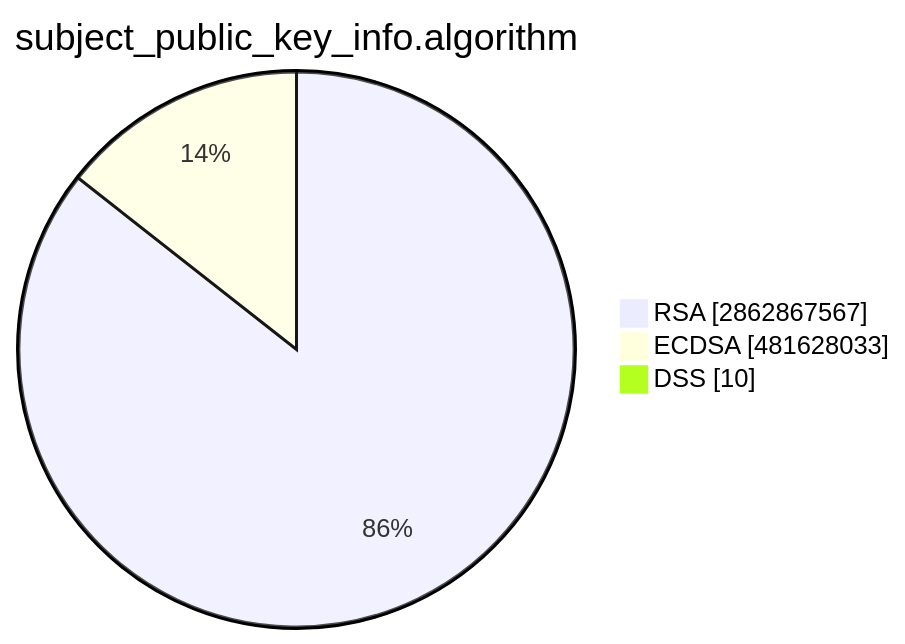
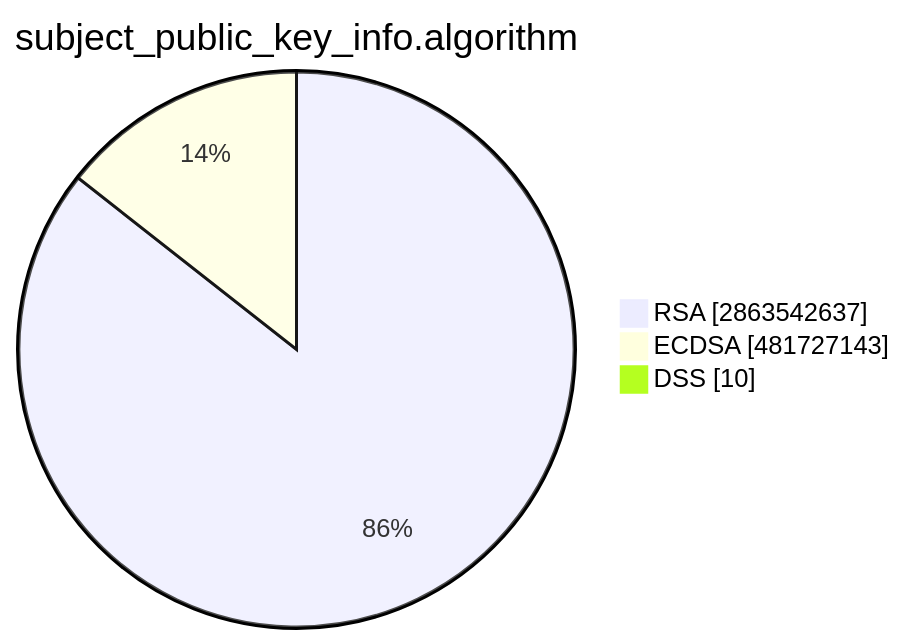
One commit to christiankrug/ctmonitor_visualization changed the second of 15 diagrams in TOTAL/README.md. Above: the diagram before and after it, drawn with Mermaid. The commit also changed other lines of this file, not shown here.

````diff
--- a/TOTAL/README.md
+++ b/TOTAL/README.md
@@ -6,7 +6,7 @@
 ```mermaid
 pie showData
 title subject_public_key_info.algorithm
-"RSA" :2862867567
-"ECDSA" :481628033
+"RSA" :2863542637
+"ECDSA" :481727143
 "DSS" :10
 ```
````
